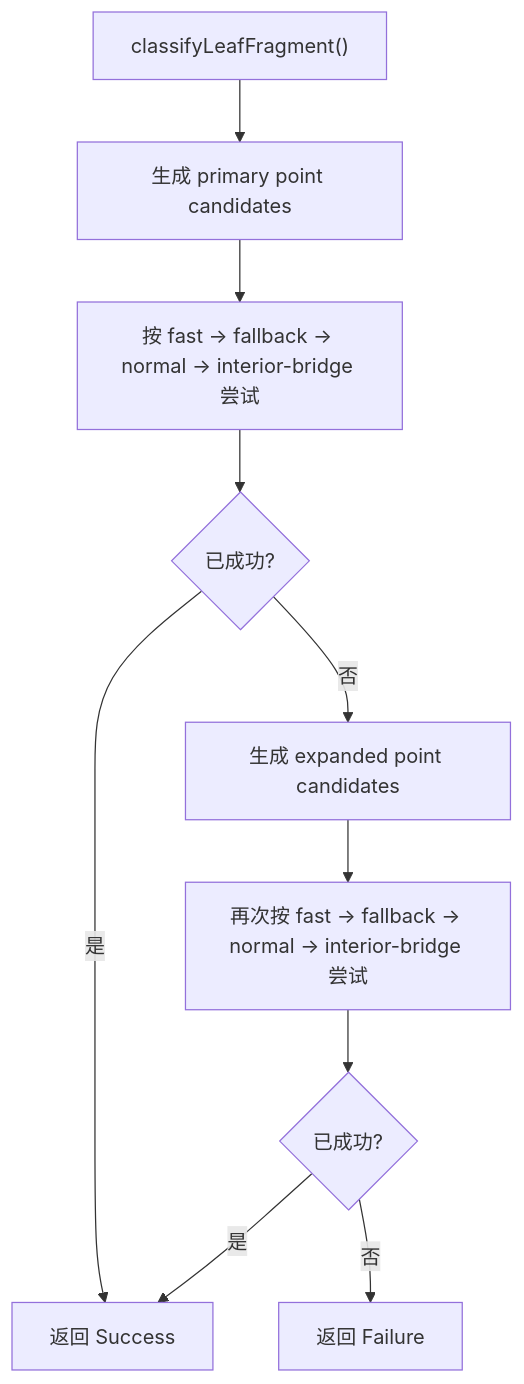
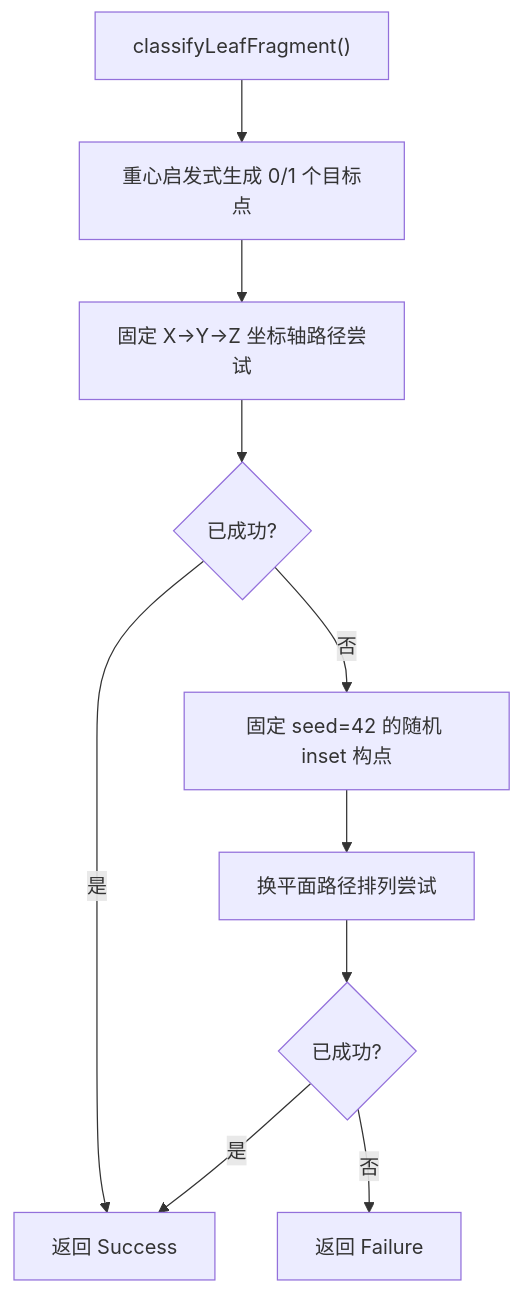
Before and after one commit to SDU-YueQiu/re-EMBER: the tenth of 11 diagrams in docs/core-logic-flow.md, drawn with Mermaid. The commit also changed other lines of this file and 10 other files, not shown here.

````diff
--- a/docs/core-logic-flow.md
+++ b/docs/core-logic-flow.md
@@ -309,12 +305,12 @@
 ```mermaid
 flowchart TD
-    A["classifyLeafFragment()"] --> B["生成 primary point candidates"]
-    B --> C["按 fast -> fallback -> normal -> interior-bridge 尝试"]
+    A["classifyLeafFragment()"] --> B["重心启发式生成 0/1 个目标点"]
+    B --> C["固定 X->Y->Z 坐标轴路径尝试"]
     C --> D{"已成功?"}
     D -->|是| E["返回 Success"]
-    D -->|否| F["生成 expanded point candidates"]
-    F --> G["再次按 fast -> fallback -> normal -> interior-bridge 尝试"]
+    D -->|否| F["固定 seed=42 的随机 inset 构点"]
+    F --> G["换平面路径排列尝试"]
     G --> H{"已成功?"}
     H -->|是| E
     H -->|否| J["返回 Failure"]
 ```
````
